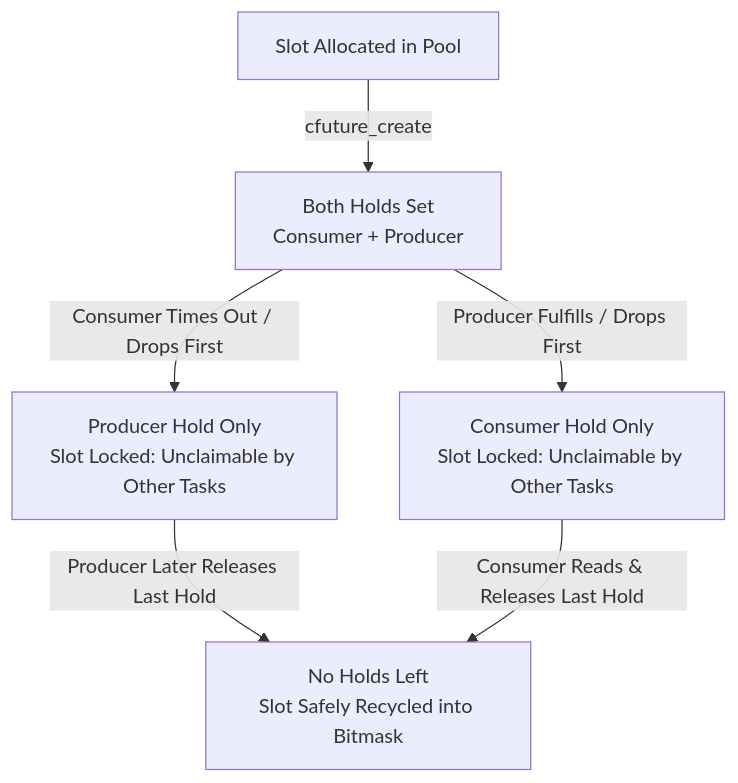
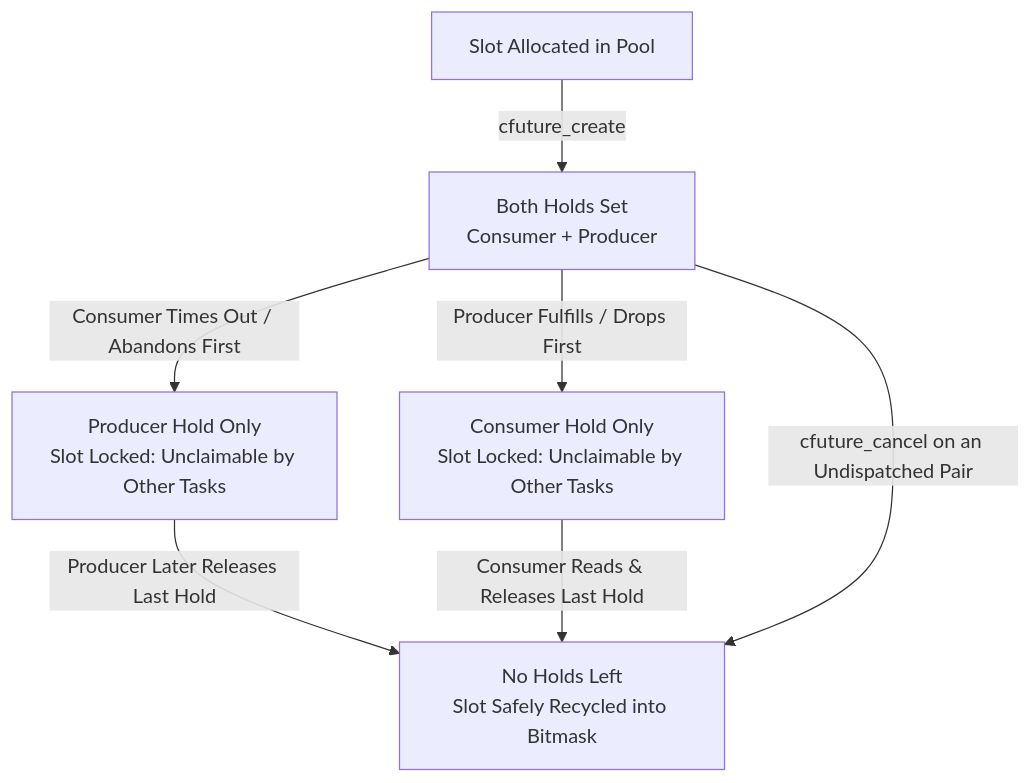
One commit to Mrunmoy/janus changed the first of 6 diagrams in README.md. Above: the diagram before and after it, drawn with Mermaid. The commit also changed other lines of this file and 3 other files, not shown here.

Commit message:
docs: address remaining review findings (CLI table, tree, diagrams, walkthrough, plan)

````diff
--- a/README.md
+++ b/README.md
@@ -207,10 +207,11 @@
 ```mermaid
 graph TD
     INIT[Slot Allocated in Pool] -->|cfuture_create| RC2[Both Holds Set<br/>Consumer + Producer]
     
-    RC2 -->|Consumer Times Out / Drops First| RC1_CONS[Producer Hold Only<br/>Slot Locked: Unclaimable by Other Tasks]
+    RC2 -->|Consumer Times Out / Abandons First| RC1_CONS[Producer Hold Only<br/>Slot Locked: Unclaimable by Other Tasks]
     RC2 -->|Producer Fulfills / Drops First| RC1_PROD[Consumer Hold Only<br/>Slot Locked: Unclaimable by Other Tasks]
     
     RC1_CONS -->|Producer Later Releases Last Hold| RC0[No Holds Left<br/>Slot Safely Recycled into Bitmask]
     RC1_PROD -->|Consumer Reads & Releases Last Hold| RC0
+    RC2 -->|cfuture_cancel on an Undispatched Pair| RC0
 ```
````
